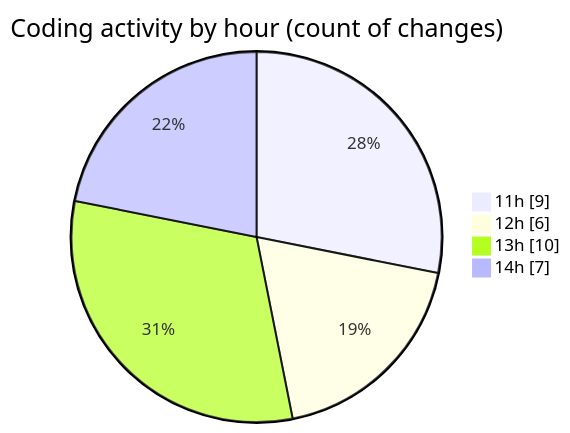
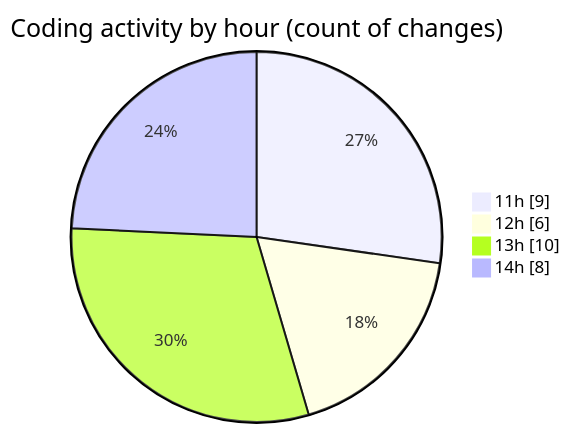
The second of 2 diagrams in 2025-05-08/recipe-app/README.md (BS-eng2023/code-tracking), drawn with Mermaid before and after one commit. The commit also changed other lines of this file and 1 other file, not shown here.

````diff
--- a/2025-05-08/recipe-app/README.md
+++ b/2025-05-08/recipe-app/README.md
@@ -34,8 +34,8 @@
 ```mermaid
 pie showData
 title Coding activity by hour (count of changes)
 "11h" : 9
 "12h" : 6
 "13h" : 10
-"14h" : 7
+"14h" : 8
 ```
````
